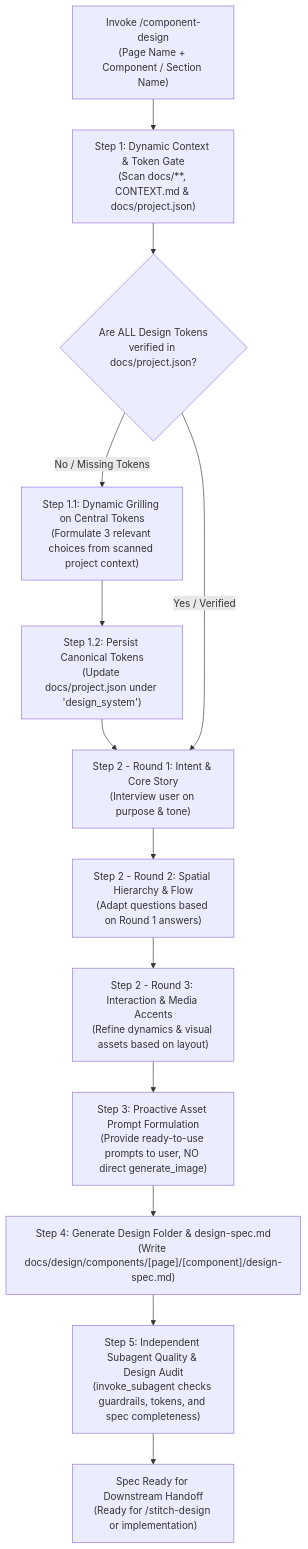
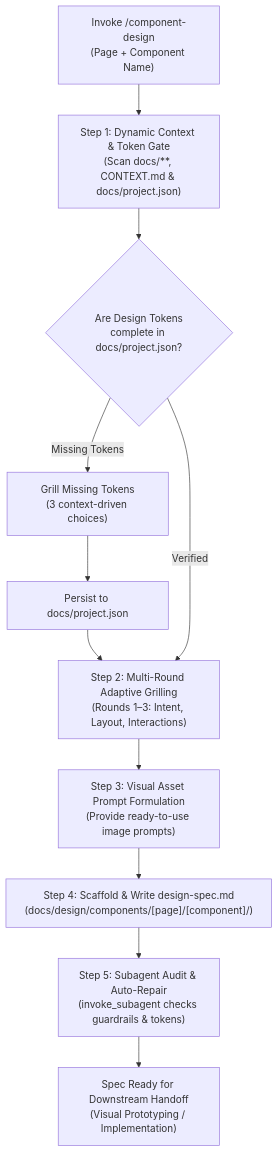
One commit to BIGboss248/aminwebsite changed the diagram in .agents/skills/component-design/SKILL.md. Above: the diagram before and after it, drawn with Mermaid. The commit also changed other lines of this file and 4 other files, not shown here.

Commit message:
chore: component design update

````diff
--- a/.agents/skills/component-design/SKILL.md
+++ b/.agents/skills/component-design/SKILL.md
@@ -29,15 +31,13 @@
 ```mermaid
 flowchart TD
-    Start["Invoke /component-design<br/>(Page Name + Component / Section Name)"] --> Step1["Step 1: Dynamic Context & Token Gate<br/>(Scan docs/**, CONTEXT.md & docs/project.json)"]
-    Step1 --> CheckTokens{"Are ALL Design Tokens<br/>verified in docs/project.json?"}
-    CheckTokens -- "No / Missing Tokens" --> GrillTokens["Step 1.1: Dynamic Grilling on Central Tokens<br/>(Formulate 3 relevant choices from scanned project context)"]
-    GrillTokens --> SaveTokens["Step 1.2: Persist Canonical Tokens<br/>(Update docs/project.json under 'design_system')"]
-    SaveTokens --> Round1
-    CheckTokens -- "Yes / Verified" --> Round1["Step 2 - Round 1: Intent & Core Story<br/>(Interview user on purpose & tone)"]
-    Round1 --> Round2["Step 2 - Round 2: Spatial Hierarchy & Flow<br/>(Adapt questions based on Round 1 answers)"]
-    Round2 --> Round3["Step 2 - Round 3: Interaction & Media Accents<br/>(Refine dynamics & visual assets based on layout)"]
-    Round3 --> Step3["Step 3: Proactive Asset Prompt Formulation<br/>(Provide ready-to-use prompts to user, NO direct generate_image)"]
-    Step3 --> Step4["Step 4: Generate Design Folder & design-spec.md<br/>(Write docs/design/components/[page]/[component]/design-spec.md)"]
-    Step4 --> Step5["Step 5: Independent Subagent Quality & Design Audit<br/>(invoke_subagent checks guardrails, tokens, and spec completeness)"]
-    Step5 --> Finish["Spec Ready for Downstream Handoff<br/>(Ready for /stitch-design or implementation)"]
+    Start["Invoke /component-design<br/>(Page + Component Name)"] --> Step1["Step 1: Dynamic Context & Token Gate<br/>(Scan docs/**, CONTEXT.md & docs/project.json)"]
+    Step1 --> CheckTokens{"Are Design Tokens<br/>complete in docs/project.json?"}
+    CheckTokens -- "Missing Tokens" --> GrillTokens["Grill Missing Tokens<br/>(3 context-driven choices)"]
+    GrillTokens --> SaveTokens["Persist to docs/project.json"]
+    SaveTokens --> Step2
+    CheckTokens -- "Verified" --> Step2["Step 2: Multi-Round Adaptive Grilling<br/>(Rounds 1–3: Intent, Layout, Interactions)"]
+    Step2 --> Step3["Step 3: Visual Asset Prompt Formulation<br/>(Provide ready-to-use image prompts)"]
+    Step3 --> Step4["Step 4: Scaffold & Write design-spec.md<br/>(docs/design/components/[page]/[component]/)"]
+    Step4 --> Step5["Step 5: Subagent Audit & Auto-Repair<br/>(invoke_subagent checks guardrails & tokens)"]
+    Step5 --> Finish["Spec Ready for Downstream Handoff<br/>(Visual Prototyping / Implementation)"]
 ```
````
